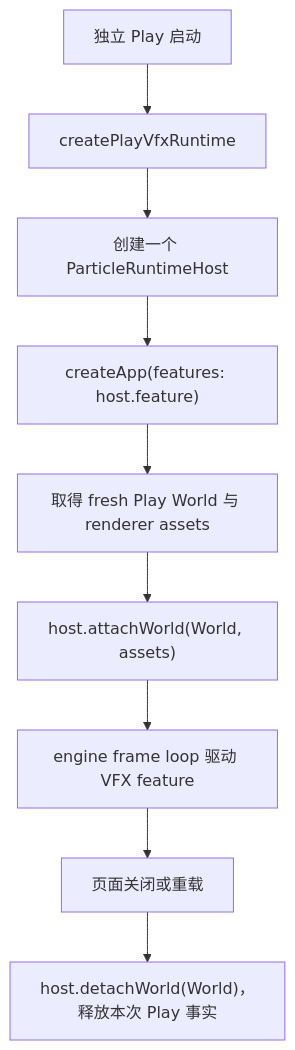
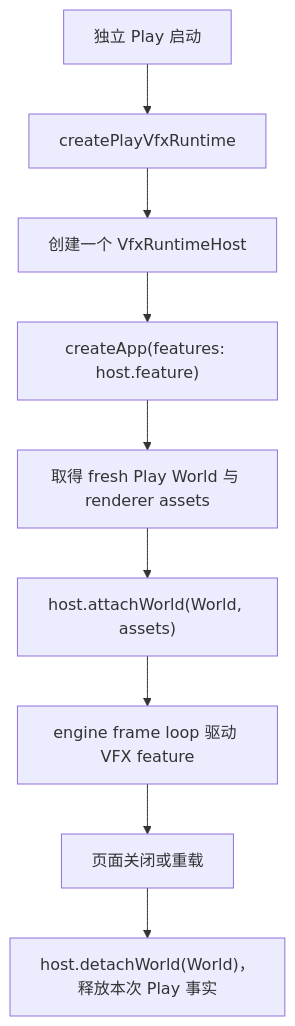
One commit to ForgeaX-Games/forgeax-editor changed the diagram in packages/play-runtime/README.md. Above: the diagram before and after it, drawn with Mermaid. The commit also changed other lines of this file and 1374 other files, not shown here.

````diff
--- a/packages/play-runtime/README.md
+++ b/packages/play-runtime/README.md
@@ -34,11 +34,11 @@
 ```mermaid
 flowchart TD
     A["独立 Play 启动"] --> B["createPlayVfxRuntime"]
-    B --> C["创建一个 ParticleRuntimeHost"]
+    B --> C["创建一个 VfxRuntimeHost"]
     C --> D["createApp(features: host.feature)"]
     D --> E["取得 fresh Play World 与 renderer assets"]
     E --> F["host.attachWorld(World, assets)"]
     F --> G["engine frame loop 驱动 VFX feature"]
     G --> H["页面关闭或重载"]
     H --> I["host.detachWorld(World)，释放本次 Play 事实"]
 ```
````
